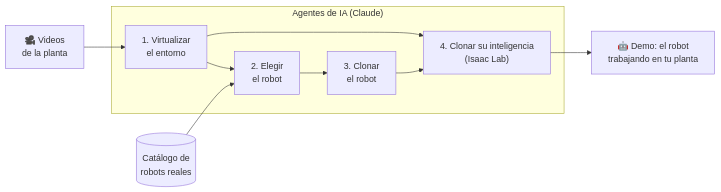
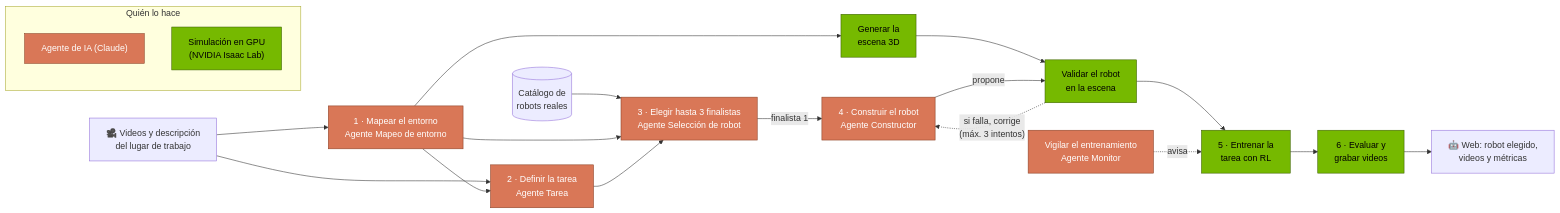
The diagram in README.md (platanus-hack/platanus-hack-26-cl-team-4), drawn with Mermaid before and after one commit. The commit also changed other lines of this file, not shown here.

Commit message:
docs(readme): nombra a cada agente en el diagrama de Cómo funciona
El diagrama anterior mostraba 4 pasos dentro de un solo recuadro de
agentes. El orquestador hace otra cosa: el entrenamiento y la evaluación
corren en el pod GPU, y la selección entrega hasta 3 finalistas.

El diagrama nuevo sigue el flujo rl de backend/viaz/orquestador.py.
Cada paso de un agente lleva el nombre que usa docs/agentes/README.md.
El color separa los pasos de un agente de los pasos de la simulación.
La lista numerada pasa de 5 a 6 pasos, con Definir la tarea como paso 2.
El agente Tarea recibe el entorno, igual que agentes.tarea() en el código.

La entrada ahora dice "lugar de trabajo" en vez de "planta", porque el
agente Mapeo de entorno acepta cualquier tipo de espacio. El lema y dos
líneas más usan el mismo término.

Una nota aclara que en el demo el equipo escribe a mano el entorno y la
tarea.

Las etiquetas usan "1 · Texto" porque Mermaid 11.4 lee "1. Texto" como
una lista de Markdown y no dibuja el nodo.

Verificación: Mermaid 11.4 renderiza el bloque del README sin errores en
Chrome. Falta ver el render en GitHub.

````diff
--- a/README.md
+++ b/README.md
@@ -11,17 +11,35 @@
 ```mermaid
 flowchart LR
-  V["🎥 Videos<br/>de la planta"] --> E["1. Virtualizar<br/>el entorno"]
-  E --> R["2. Elegir<br/>el robot"]
+  V["🎥 Videos y descripción<br/>del lugar de trabajo"] --> E
+  V --> TA
   CAT[("Catálogo de<br/>robots reales")] --> R
-  R --> C["3. Clonar<br/>el robot"]
-  C --> I["4. Clonar su inteligencia<br/>(Isaac Lab)"]
-  E --> I
-  I --> D["🤖 Demo: el robot<br/>trabajando en tu planta"]
 
-  subgraph A["Agentes de IA (Claude)"]
-    E
-    R
-    C
-    I
+  E["1 · Mapear el entorno<br/>Agente Mapeo de entorno"]:::agente
+  TA["2 · Definir la tarea<br/>Agente Tarea"]:::agente
+  R["3 · Elegir hasta 3 finalistas<br/>Agente Selección de robot"]:::agente
+  C["4 · Construir el robot<br/>Agente Constructor"]:::agente
+  S["Generar la<br/>escena 3D"]:::gpu
+  VAL["Validar el robot<br/>en la escena"]:::gpu
+  T["5 · Entrenar la<br/>tarea con RL"]:::gpu
+  EV["6 · Evaluar y<br/>grabar videos"]:::gpu
+  M["Vigilar el entrenamiento<br/>Agente Monitor"]:::agente
+  D["🤖 Web: robot elegido,<br/>videos y métricas"]
+
+  E --> R
+  E --> TA
+  TA --> R
+  E --> S --> VAL
+  R -->|"finalista 1"| C
+  C -->|"propone"| VAL
+  VAL -.->|"si falla, corrige<br/>(máx. 3 intentos)"| C
+  VAL --> T --> EV --> D
+  M -.->|"avisa"| T
+
+  subgraph L["Quién lo hace"]
+    LA["Agente de IA (Claude)"]:::agente
+    LG["Simulación en GPU<br/>(NVIDIA Isaac Lab)"]:::gpu
   end
+
+  classDef agente fill:#d97757,stroke:#8a3f24,color:#fff
+  classDef gpu fill:#76b900,stroke:#3d6000,color:#000
 ```
````
